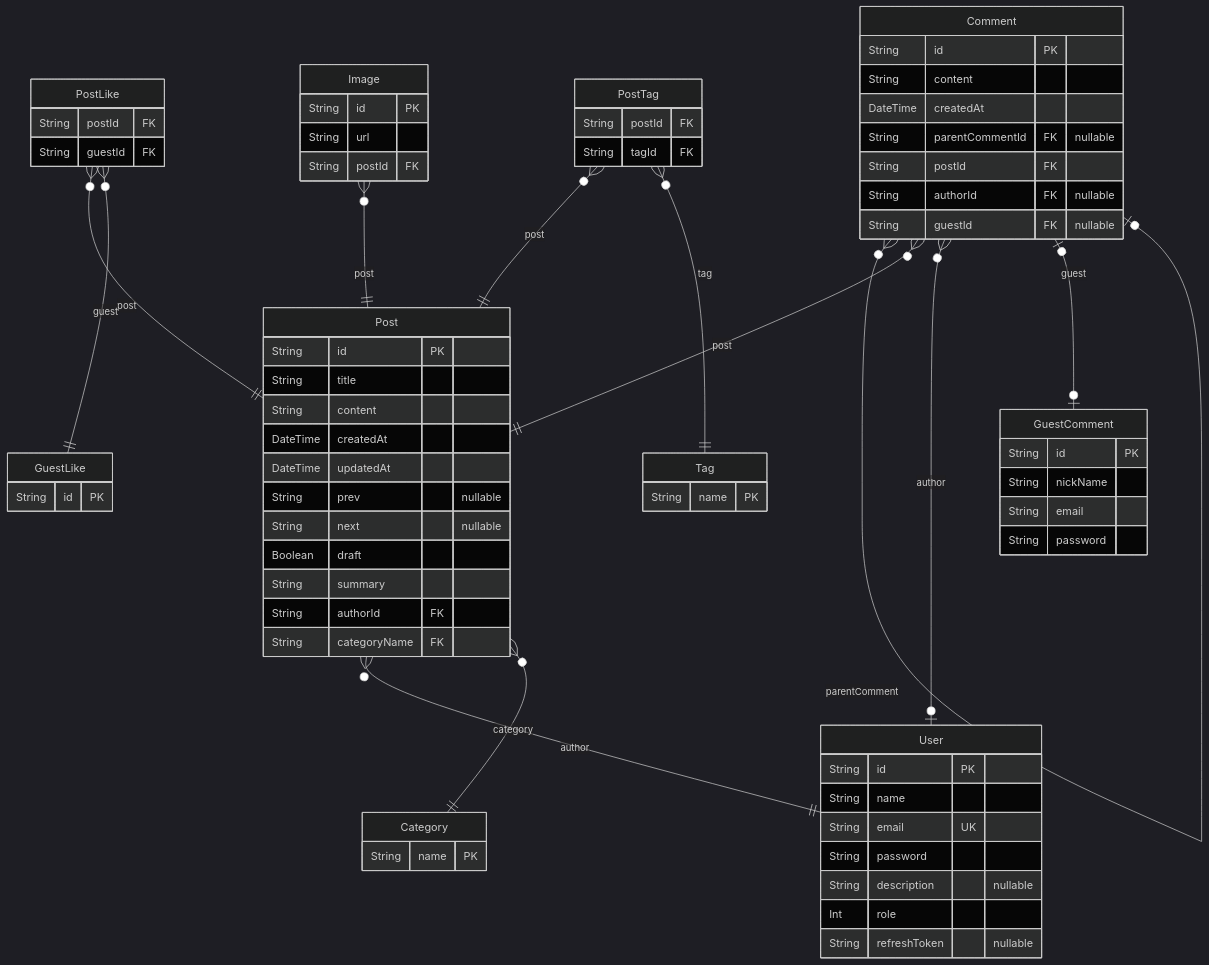
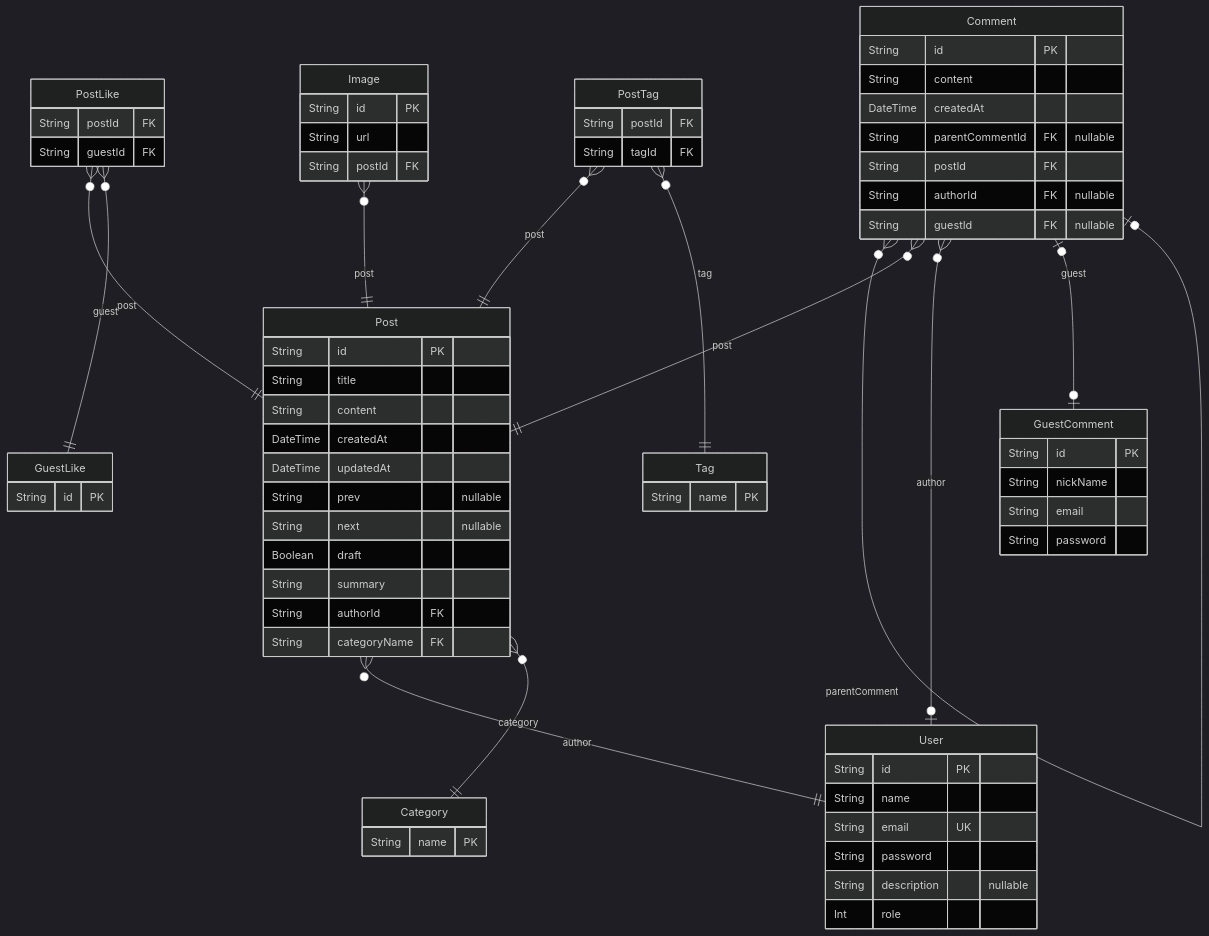
Before and after one commit to JongDeug/blog-backend: the diagram in prisma/ERD.md, drawn with Mermaid (dark theme). The commit also changed other lines of this file and 11 other files, not shown here.

````diff
--- a/prisma/ERD.md
+++ b/prisma/ERD.md
@@ -7,73 +7,72 @@
 ```mermaid
 erDiagram
 "User" {
   String id PK
   String name
   String email UK
   String password
   String description "nullable"
   Int role
-  String refreshToken "nullable"
 }
 "GuestLike" {
   String id PK
 }
 "GuestComment" {
   String id PK
   String nickName
   String email
   String password
 }
 "PostLike" {
   String postId FK
   String guestId FK
 }
 "Post" {
   String id PK
   String title
   String content
   DateTime createdAt
   DateTime updatedAt
   String prev "nullable"
   String next "nullable"
   Boolean draft
   String summary
   String authorId FK
   String categoryName FK
 }
 "Tag" {
   String name PK
 }
 "PostTag" {
   String postId FK
   String tagId FK
 }
 "Image" {
   String id PK
   String url
   String postId FK
 }
 "Category" {
   String name PK
 }
 "Comment" {
   String id PK
   String content
   DateTime createdAt
   String parentCommentId FK "nullable"
   String postId FK
   String authorId FK "nullable"
   String guestId FK "nullable"
 }
 "PostLike" }o--|| "Post" : post
 "PostLike" }o--|| "GuestLike" : guest
 "Post" }o--|| "User" : author
 "Post" }o--|| "Category" : category
 "PostTag" }o--|| "Post" : post
 "PostTag" }o--|| "Tag" : tag
 "Image" }o--|| "Post" : post
 "Comment" }o--o| "Comment" : parentComment
 "Comment" }o--|| "Post" : post
 "Comment" }o--o| "User" : author
 "Comment" |o--o| "GuestComment" : guest
 ```
````
